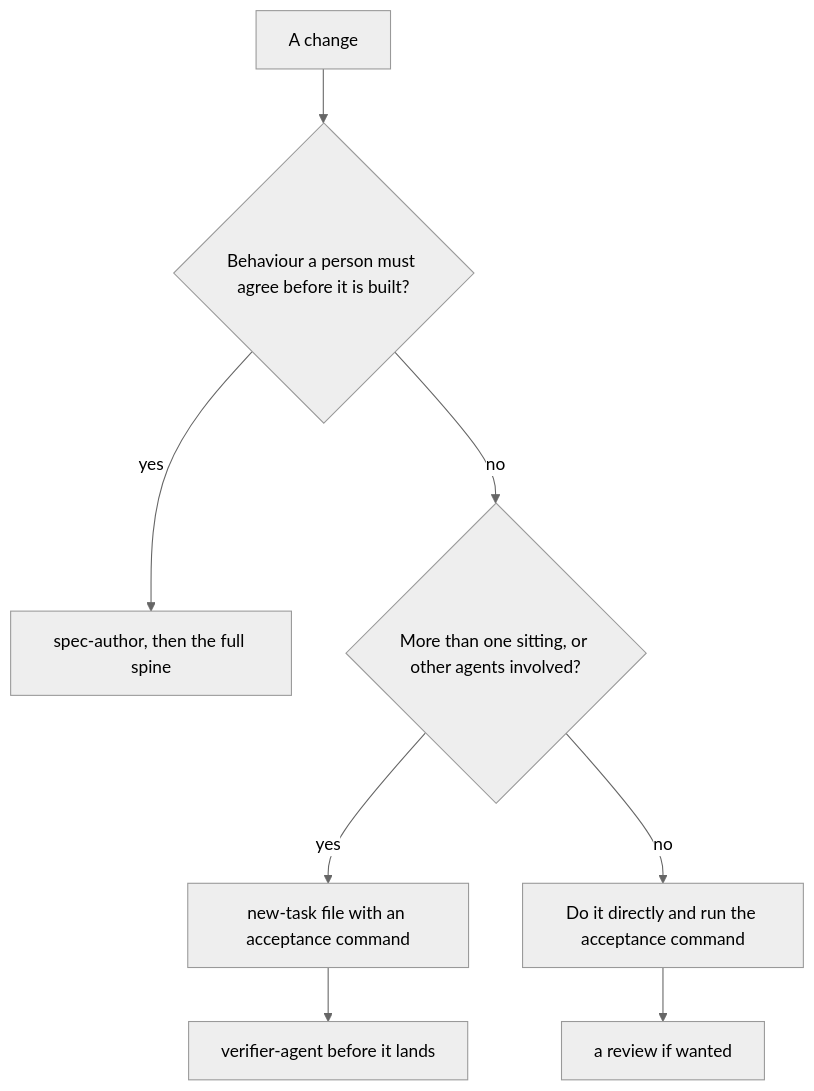
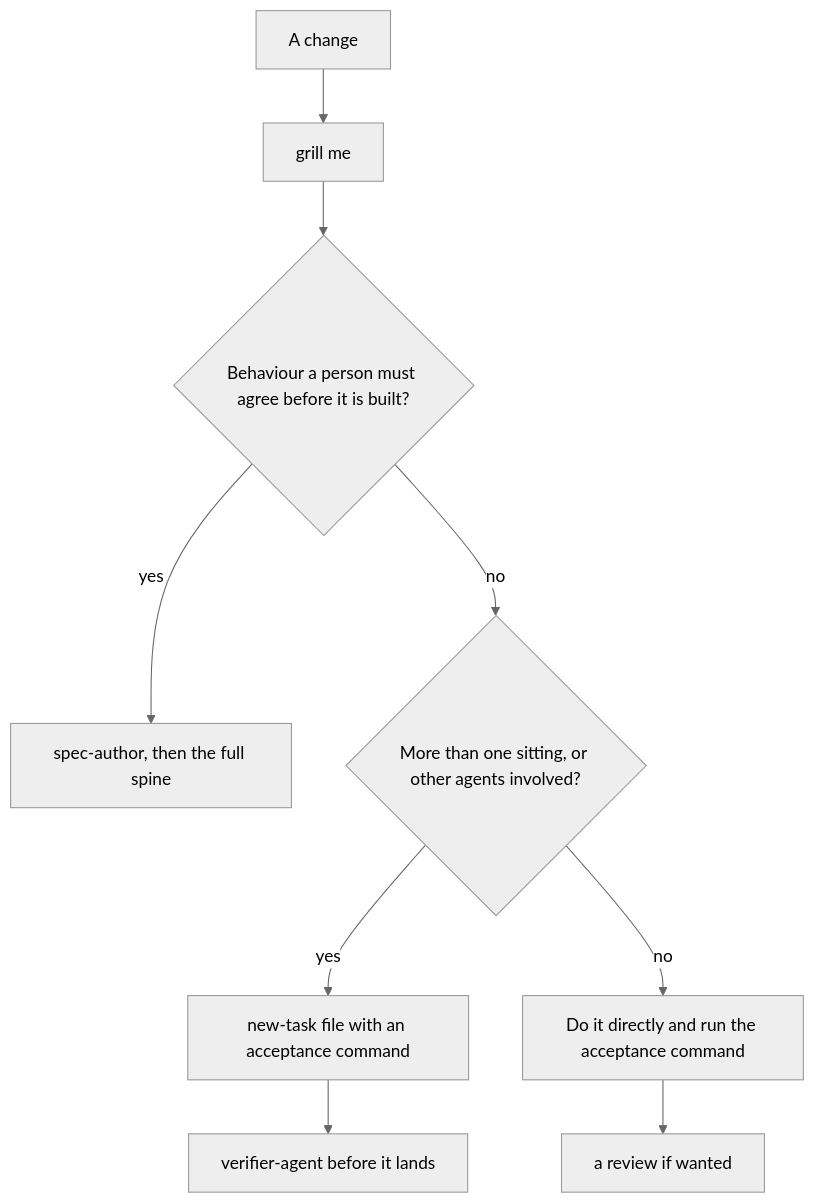
One commit to zen-solutions-dev/zen-agent-skills changed the second of 2 diagrams in README.md. Above: the diagram before and after it, drawn with Mermaid (neutral theme). The commit also changed other lines of this file and 10 other files, not shown here.

````diff
--- a/README.md
+++ b/README.md
@@ -85,10 +135,11 @@
 ```mermaid
 flowchart TD
-  A[A change] --> B{Behaviour a person must agree before it is built?}
+  A[A change] --> G[grill me]
+  G --> B{Behaviour a person must agree before it is built?}
   B -- yes --> S[spec-author, then the full spine]
   B -- no --> C{More than one sitting, or other agents involved?}
   C -- yes --> T[new-task file with an acceptance command]
   C -- no --> D[Do it directly and run the acceptance command]
   T --> V[verifier-agent before it lands]
   D --> R[a review if wanted]
 ```
````
